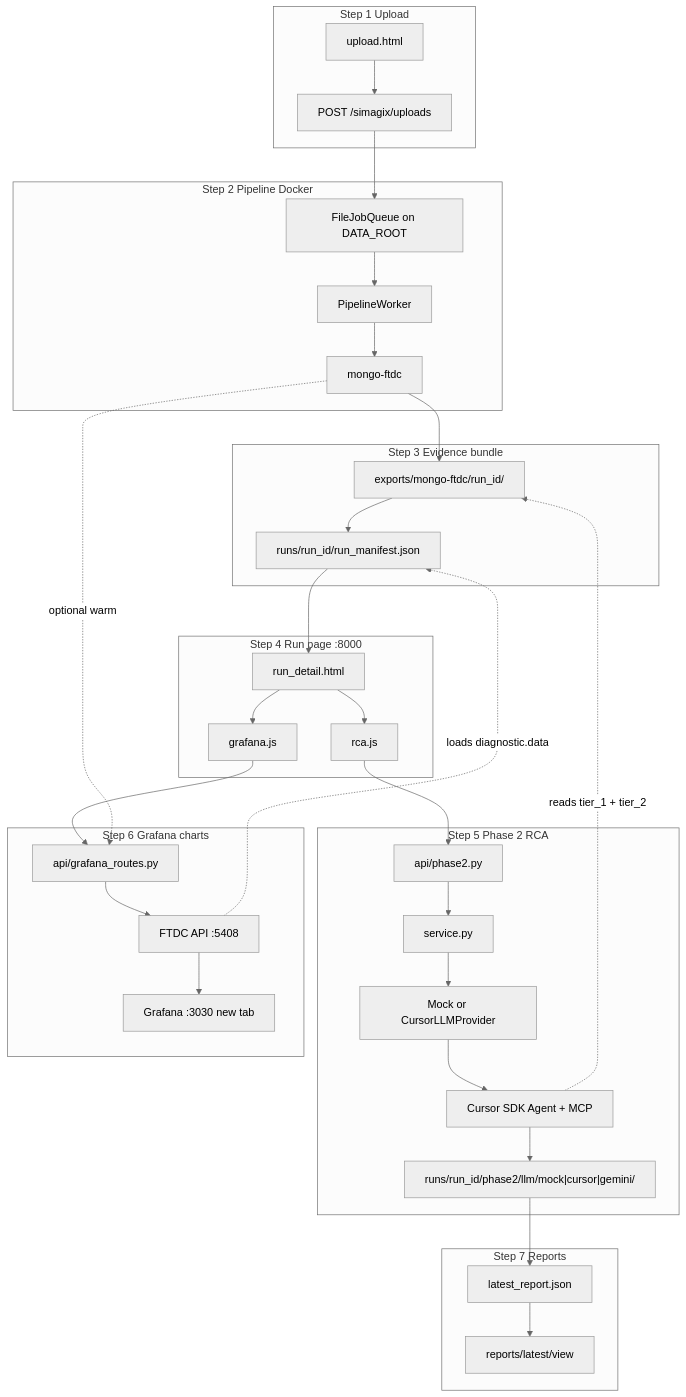
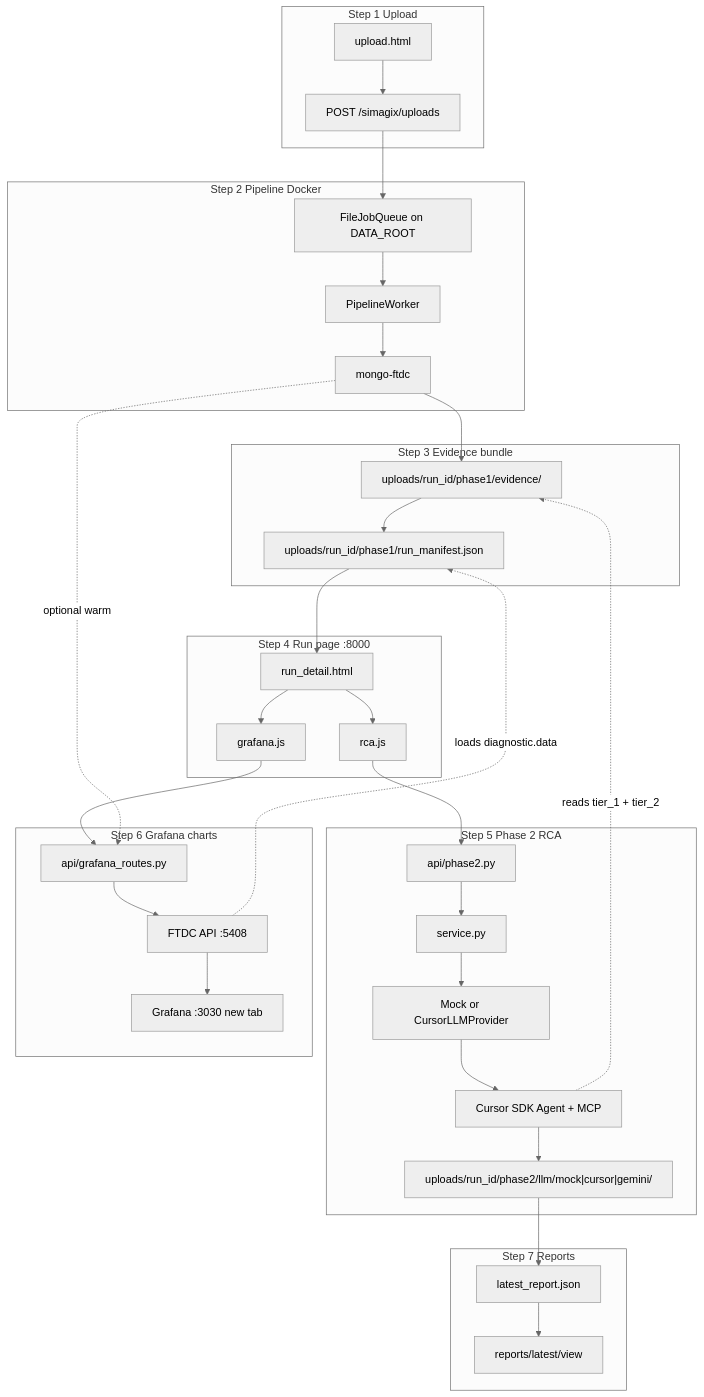
The first of 7 diagrams in docs/ARCHITECTURE.md (Prateek-Agarwal2006/Mongo-Debugger), drawn with Mermaid (neutral theme) before and after one commit. The commit also changed other lines of this file and 6 other files, not shown here.

First line of the commit message:
Sync docs with Option A upload paths (uploads/{run_id}/).

````diff
--- a/docs/ARCHITECTURE.md
+++ b/docs/ARCHITECTURE.md
@@ -17,52 +17,52 @@
 ```mermaid
 flowchart TB
   subgraph step1 [Step 1 Upload]
     UploadUI["upload.html"]
     UploadAPI["POST /simagix/uploads"]
   end
 
   subgraph step2 [Step 2 Pipeline Docker]
     Worker["PipelineWorker"]
     Queue["FileJobQueue on DATA_ROOT"]
     MFTDC["mongo-ftdc"]
   end
 
   subgraph step3 [Step 3 Evidence bundle]
-    Exports["exports/mongo-ftdc/run_id/"]
-    RunManifest["runs/run_id/run_manifest.json"]
+    Exports["uploads/run_id/phase1/evidence/"]
+    RunManifest["uploads/run_id/phase1/run_manifest.json"]
   end
 
   subgraph step4 [Step 4 Run page :8000]
     RunPage["run_detail.html"]
     RCAjs["rca.js"]
     Grafjs["grafana.js"]
   end
 
   subgraph step5 [Step 5 Phase 2 RCA]
     P2API["api/phase2.py"]
     Service["service.py"]
     Provider["Mock or CursorLLMProvider"]
     Agent["Cursor SDK Agent + MCP"]
-    Phase2Disk["runs/run_id/phase2/llm/mock|cursor|gemini/"]
+    Phase2Disk["uploads/run_id/phase2/llm/mock|cursor|gemini/"]
   end
 
   subgraph step6 [Step 6 Grafana charts]
     GrafAPI["api/grafana_routes.py"]
     FTDCapi["FTDC API :5408"]
     GrafanaUI["Grafana :3030 new tab"]
   end
 
   subgraph step7 [Step 7 Reports]
     ReportJSON["latest_report.json"]
     ReportHTML["reports/latest/view"]
   end
 
   UploadUI --> UploadAPI --> Queue --> Worker --> MFTDC --> Exports
   Exports --> RunManifest --> RunPage
   RunPage --> RCAjs --> P2API --> Service --> Provider --> Agent
   Agent --> Phase2Disk --> ReportJSON --> ReportHTML
   Agent -.->|"reads tier_1 + tier_2"| Exports
   RunPage --> Grafjs --> GrafAPI --> FTDCapi --> GrafanaUI
   FTDCapi -.->|"loads diagnostic.data"| RunManifest
   MFTDC -.->|"optional warm"| GrafAPI
 ```
````
